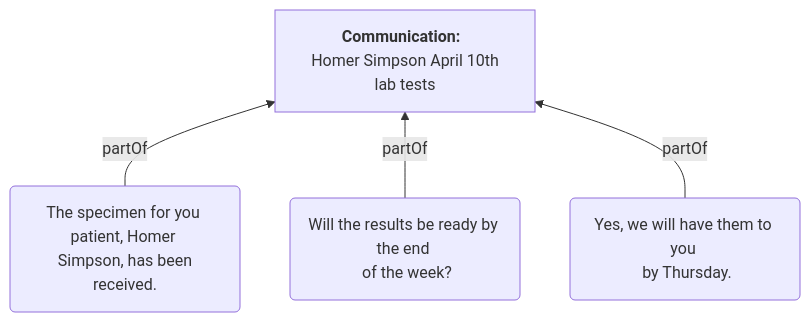
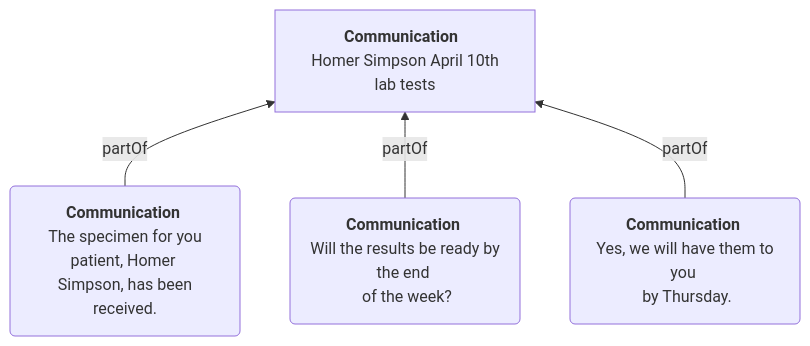
The diagram in packages/docs/docs/communications/organizing-communications.md (medplum/medplum), drawn with Mermaid before and after one commit. The commit also changed other lines of this file and 1 other file, not shown here.

````diff
--- a/packages/docs/docs/communications/organizing-communications.md
+++ b/packages/docs/docs/communications/organizing-communications.md
@@ -63,11 +64,9 @@
 ```mermaid
 
 flowchart BT
-    A[<b>Communication: </b> <br/> Homer Simpson April 10th lab tests]
-    B(The specimen for you patient, Homer <br/> Simpson, has been received.) -->|partOf| A
-    C(Will the results be ready by the end <br/> of the week?) -->|partOf| A
-    D(Yes, we will have them to you <br/> by Thursday.) -->|partOf| A
-
-
+    A[<b>Communication </b> <br/> Homer Simpson April 10th lab tests]
+    B(<b>Communication</b> <br/> The specimen for you patient, Homer <br/> Simpson, has been received.) -->|partOf| A
+    C(<b>Communication</b> <br/> Will the results be ready by the end <br/> of the week?) -->|partOf| A
+    D(<b>Communication</b> <br/> Yes, we will have them to you <br/> by Thursday.) -->|partOf| A
 
 ```
````
